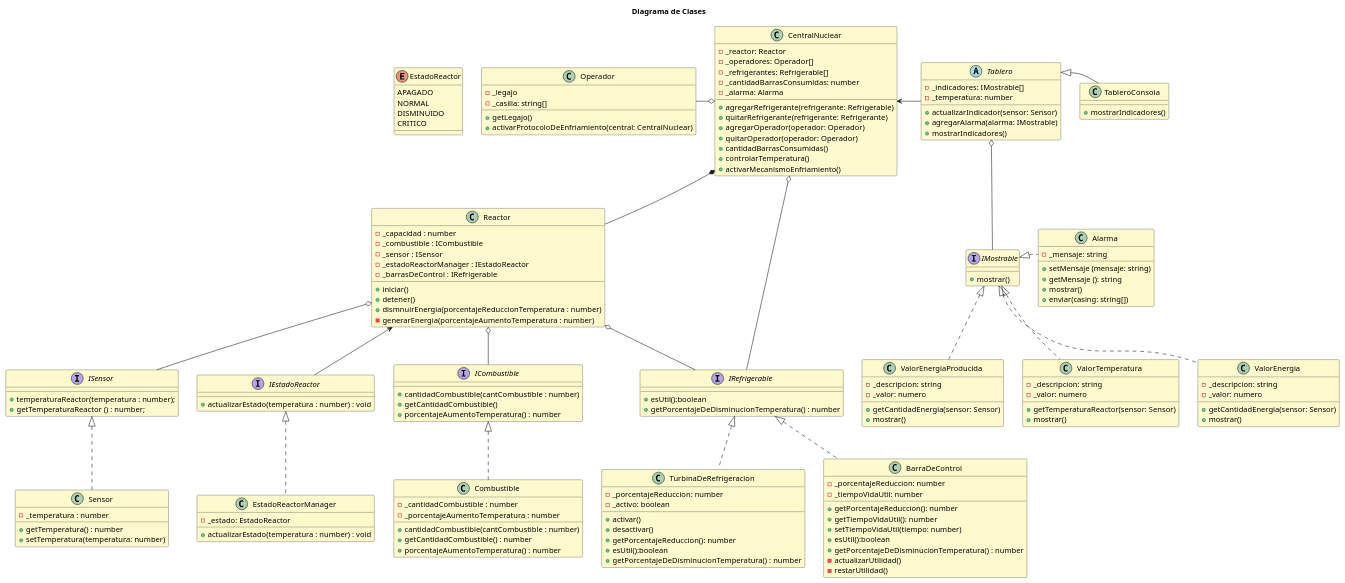
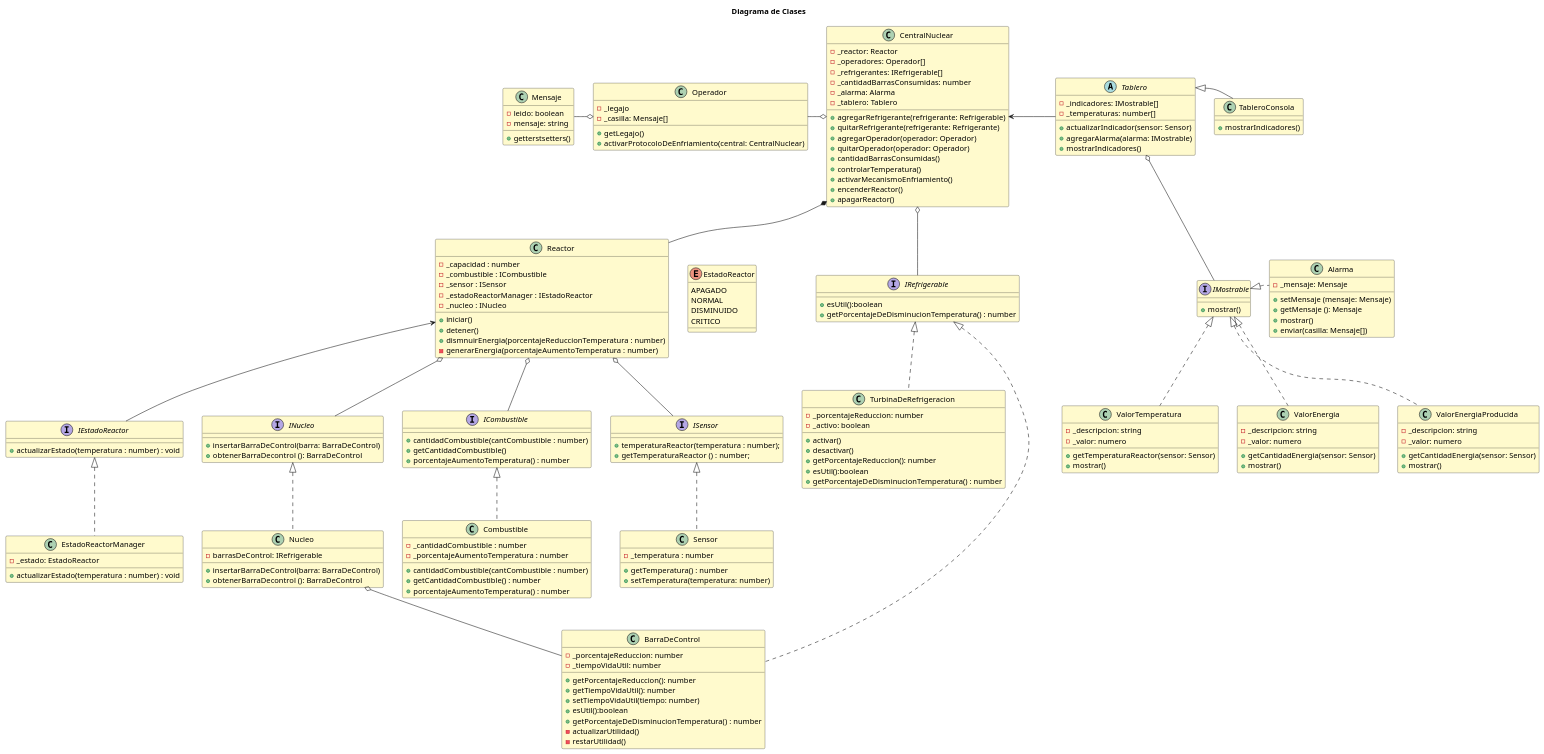
One commit to fedef1982/Trabajo-Practico-Laboratorio3-2024-Reactor-Nuclear changed the diagram in diagramas/DiagramaDeClases.puml. Above: the diagram before and after it, drawn with PlantUML.

Commit message:
agregado de clase nucleo, mensaje y correccion de clases y metodos que las utilizan, tambien se agregaron las realaciones

```diff
--- a/diagramas/DiagramaDeClases.puml
+++ b/diagramas/DiagramaDeClases.puml
@@ -1,174 +1,199 @@
 @startuml Diagrama de Clases
 title "Diagrama de Clases"
 skinparam ClassBackgroundColor LemonChiffon
 
 'RELACIONES--------------------
 CentralNuclear *-- Reactor
 CentralNuclear o-l- Operador
 CentralNuclear <-r- Tablero
 CentralNuclear o-- IRefrigerable
 Reactor <-- IEstadoReactor
 Reactor -r[HIDDEN]- TurbinaDeRefrigeracion
-Reactor -u[HIDDEN]- EstadoReactor
-Reactor o-- IRefrigerable
+Reactor -r[HIDDEN]- EstadoReactor
+Reactor o-- INucleo
 Reactor o-- ICombustible
 Reactor o-- ISensor
 Tablero o-- IMostrable
 Tablero -r[HIDDEN]- TableroConsola
 IMostrable -r[HIDDEN]- Alarma
+Nucleo o-- BarraDeControl
+INucleo -l[HIDDEN]- IEstadoReactor
+Operador o-l- Mensaje
 '-------------------------------
 
 
 class CentralNuclear {
     - _reactor: Reactor
     - _operadores: Operador[]
-    - _refrigerantes: Refrigerable[]
+    - _refrigerantes: IRefrigerable[]
     - _cantidadBarrasConsumidas: number
     - _alarma: Alarma
+    - _tablero: Tablero
 
     +agregarRefrigerante(refrigerante: Refrigerable)
     +quitarRefrigerante(refrigerante: Refrigerante)
     +agregarOperador(operador: Operador)
     +quitarOperador(operador: Operador)
     +cantidadBarrasConsumidas()
     +controlarTemperatura()
     +activarMecanismoEnfriamiento()
+    +encenderReactor()
+    +apagarReactor()
 }
 
 class Reactor {
     - _capacidad : number
     - _combustible : ICombustible
     - _sensor : ISensor
     - _estadoReactorManager : IEstadoReactor
-    - _barrasDeControl : IRefrigerable
+    - _nucleo : INucleo
 
     + iniciar()
     + detener()
     + dismnuirEnergia(porcentajeReduccionTemperatura : number)
     - generarEnergia(porcentajeAumentoTemperatura : number)
 }
+
+interface INucleo{
+    + insertarBarraDeControl(barra: BarraDeControl)
+    + obtenerBarraDecontrol (): BarraDeControl
+}
+
+class Nucleo implements INucleo {
+    - barrasDeControl: IRefrigerable
+    + insertarBarraDeControl(barra: BarraDeControl)
+    + obtenerBarraDecontrol (): BarraDeControl
+}
+
 interface ICombustible {
     + cantidadCombustible(cantCombustible : number)
     + getCantidadCombustible()
     + porcentajeAumentoTemperatura() : number
 }
 
 class Combustible implements ICombustible {
     - _cantidadCombustible : number
     - _porcentajeAumentoTemperatura : number
 
     + cantidadCombustible(cantCombustible : number)
     +  getCantidadCombustible() : number
     + porcentajeAumentoTemperatura() : number 
 
 }
 interface IEstadoReactor{
     + actualizarEstado(temperatura : number) : void
 }
 
 class EstadoReactorManager implements IEstadoReactor{
     - _estado: EstadoReactor
     + actualizarEstado(temperatura : number) : void
 }
 
 class Sensor implements ISensor {
     - _temperatura : number
     + getTemperatura() : number
     + setTemperatura(temperatura: number)
 }
 interface ISensor {
     + temperaturaReactor(temperatura : number);
     + getTemperaturaReactor () : number;
 }
 
 interface IRefrigerable{
     + esUtil():boolean
     + getPorcentajeDeDisminucionTemperatura() : number
 }
 
 class BarraDeControl implements IRefrigerable {
     - _porcentajeReduccion: number
     - _tiempoVidaUtil: number
 
     + getPorcentajeReduccion(): number
     + getTiempoVidaUtil(): number
     + setTiempoVidaUtil(tiempo: number)
     + esUtil():boolean
     + getPorcentajeDeDisminucionTemperatura() : number
     - actualizarUtilidad()
     - restarUtilidad()
 }
 
 
 class TurbinaDeRefrigeracion implements IRefrigerable{
     - _porcentajeReduccion: number
     - _activo: boolean
 
     + activar()
     + desactivar()
     + getPorcentajeReduccion(): number
     + esUtil():boolean
     + getPorcentajeDeDisminucionTemperatura() : number
 }
 
 enum EstadoReactor{
     APAGADO
     NORMAL
     DISMINUIDO
     CRITICO
 }
 
 interface IMostrable{
     + mostrar()
 }
 
 class ValorTemperatura implements IMostrable{
     - _descripcion: string
     - _valor: numero
     + getTemperaturaReactor(sensor: Sensor)
     + mostrar()
 }
 
 class ValorEnergia implements IMostrable{
     - _descripcion: string
     - _valor: numero
     + getCantidadEnergia(sensor: Sensor)
     + mostrar()
 }
 
 class ValorEnergiaProducida implements IMostrable{
     - _descripcion: string
     - _valor: numero
     + getCantidadEnergia(sensor: Sensor)
     + mostrar()
 }
 
 
 class Alarma implements IMostrable{
-    - _mensaje: string 
-    + setMensaje (mensaje: string)
-    + getMensaje (): string
+    - _mensaje: Mensaje 
+    + setMensaje (mensaje: Mensaje)
+    + getMensaje (): Mensaje
     + mostrar()
-    + enviar(casing: string[])
+    + enviar(casilla: Mensaje[])
 }
+
 
 abstract class  Tablero {
     - _indicadores: IMostrable[]
-    - _temperatura: number
+    - _temperaturas: number[]
     + actualizarIndicador(sensor: Sensor)
     + agregarAlarma(alarma: IMostrable)
     + mostrarIndicadores()
 }
 
 class TableroConsola extends Tablero {
     + mostrarIndicadores()
 }
 
+class Mensaje{
+    - leido: boolean
+    - mensaje: string
+    +getterstsetters()
+}
+
 class Operador{
     - _legajo
-    - _casilla: string[]
+    - _casilla: Mensaje[]
     + getLegajo()
     + activarProtocoloDeEnfriamiento(central: CentralNuclear)
 }
 
 @enduml
```
